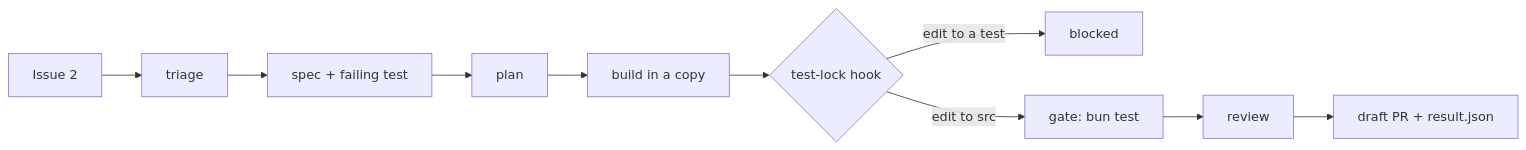
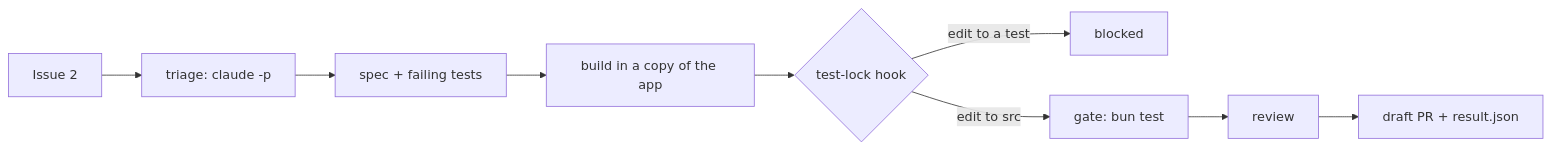
Before and after one commit to learnwithparam/software-factory-claude-code: the diagram in parts/00-meet-the-library/01-meet-the-library/problem/README.md, drawn with Mermaid. The commit also changed other lines of this file and 157 other files, not shown here.

````diff
--- a/parts/00-meet-the-library/01-meet-the-library/problem/README.md
+++ b/parts/00-meet-the-library/01-meet-the-library/problem/README.md
@@ -9,8 +10,8 @@
 ```mermaid
 flowchart LR
-  I[Issue 2] --> T[triage] --> S[spec + failing test] --> P[plan] --> B[build in a copy]
+  I[Issue 2] --> T[triage: claude -p] --> S[spec + failing tests] --> B[build in a copy of the app]
   B --> H{test-lock hook}
   H -- edit to a test --> X[blocked]
   H -- edit to src --> G[gate: bun test]
   G --> R[review] --> D[draft PR + result.json]
 ```
````
